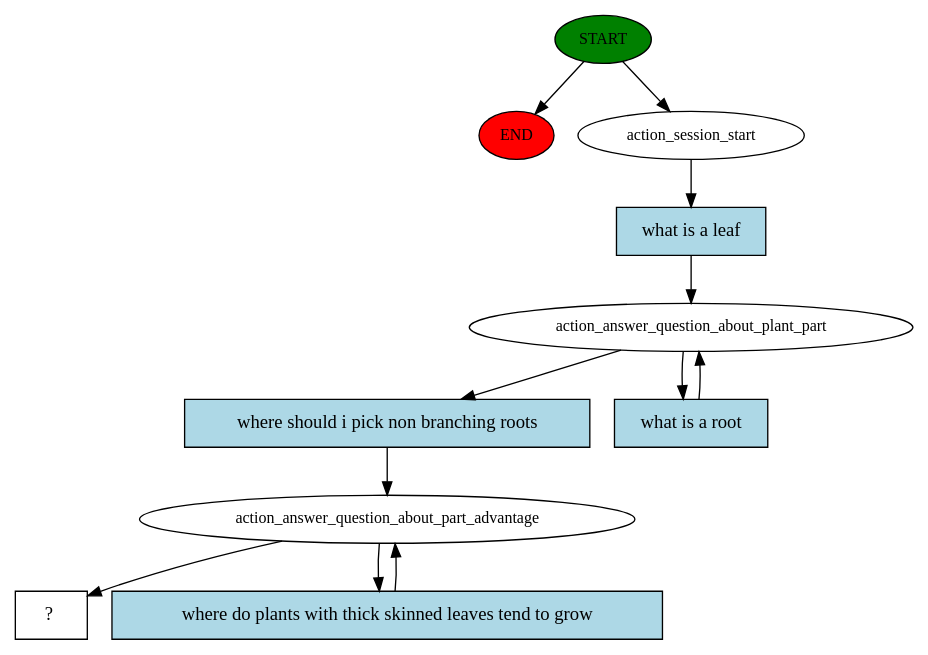
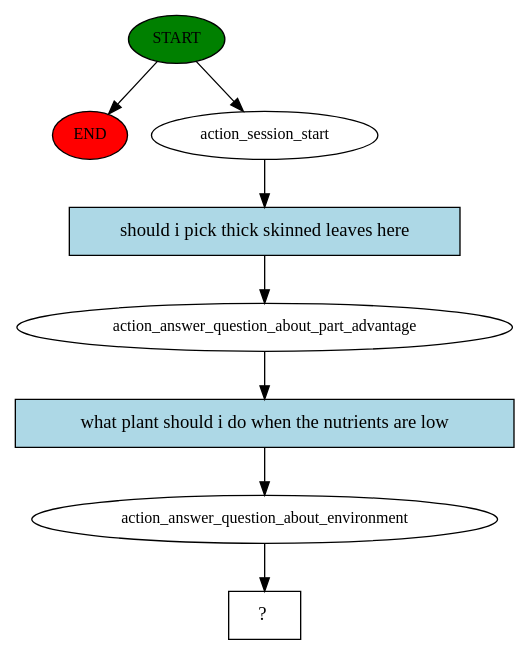
Before and after one commit to gozlen/virtual-assistant: the diagram in story_graph.dot, drawn with Graphviz. The commit also changed 7 other files, not shown here.

```diff
--- a/story_graph.dot
+++ b/story_graph.dot
@@ -1,23 +1,17 @@
 digraph  {
 0 [class="start active", fillcolor=green, fontsize=12, label=START, style=filled];
 "-1" [class=end, fillcolor=red, fontsize=12, label=END, style=filled];
 1 [class=active, fontsize=12, label=action_session_start];
-2 [class=active, fontsize=12, label=action_answer_question_about_plant_part];
-4 [class=active, fontsize=12, label=action_answer_question_about_part_advantage];
-7 [class="intent dashed active", label="  ?  ", shape=rect];
-8 [class="intent active", fillcolor=lightblue, label="what is a leaf", shape=rect, style=filled];
-9 [class="intent active", fillcolor=lightblue, label="where should i pick non branching roots", shape=rect, style=filled];
-10 [class="intent active", fillcolor=lightblue, label="what is a root", shape=rect, style=filled];
-11 [class="intent active", fillcolor=lightblue, label="where do plants with thick skinned leaves tend to grow", shape=rect, style=filled];
+2 [class=active, fontsize=12, label=action_answer_question_about_part_advantage];
+3 [class=active, fontsize=12, label=action_answer_question_about_environment];
+4 [class="intent dashed active", label="  ?  ", shape=rect];
+5 [class="intent active", fillcolor=lightblue, label="should i pick thick skinned leaves here", shape=rect, style=filled];
+6 [class="intent active", fillcolor=lightblue, label="what plant should i do when the nutrients are low", shape=rect, style=filled];
 0 -> "-1"  [class="", key=NONE, label=""];
 0 -> 1  [class=active, key=NONE, label=""];
-1 -> 8  [class=active, key=0];
-2 -> 9  [class=active, key=0];
-2 -> 10  [class=active, key=0];
-4 -> 7  [class=active, key=NONE, label=""];
-4 -> 11  [class=active, key=0];
-8 -> 2  [class=active, key=0];
-9 -> 4  [class=active, key=0];
-10 -> 2  [class=active, key=0];
-11 -> 4  [class=active, key=0];
+1 -> 5  [class=active, key=0];
+2 -> 6  [class=active, key=0];
+3 -> 4  [class=active, key=NONE, label=""];
+5 -> 2  [class=active, key=0];
+6 -> 3  [class=active, key=0];
 }
```
